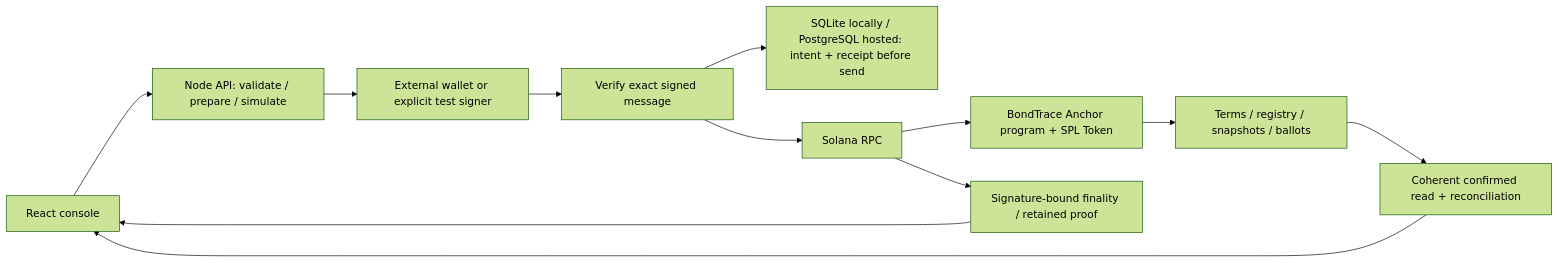
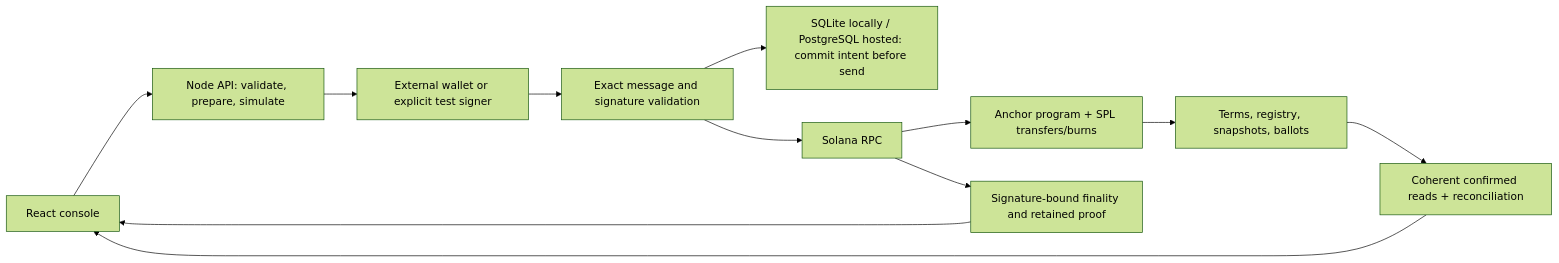
One commit to dimik98330/solana-worldsfair-2026 changed the diagram in README.md. Above: the diagram before and after it, drawn with Mermaid (forest theme). The commit also changed other lines of this file and 40 other files, not shown here.

````diff
--- a/README.md
+++ b/README.md
@@ -129,14 +83,14 @@
 ```mermaid
 flowchart LR
-  UI[React console] --> API[Node API: validate / prepare / simulate]
+  UI[React console] --> API[Node API: validate, prepare, simulate]
   API --> Wallet[External wallet or explicit test signer]
-  Wallet --> Relay[Verify exact signed message]
-  Relay --> Journal[SQLite locally / PostgreSQL hosted: intent + receipt before send]
+  Wallet --> Relay[Exact message and signature validation]
+  Relay --> Journal[SQLite locally / PostgreSQL hosted: commit intent before send]
   Relay --> RPC[Solana RPC]
-  RPC --> Program[BondTrace Anchor program + SPL Token]
-  Program --> Accounts[Terms / registry / snapshots / ballots]
-  Accounts --> Read[Coherent confirmed read + reconciliation]
+  RPC --> Program[Anchor program + SPL transfers/burns]
+  Program --> Accounts[Terms, registry, snapshots, ballots]
+  Accounts --> Read[Coherent confirmed reads + reconciliation]
   Read --> UI
-  RPC --> Proof[Signature-bound finality / retained proof]
+  RPC --> Proof[Signature-bound finality and retained proof]
   Proof --> UI
 ```
````
